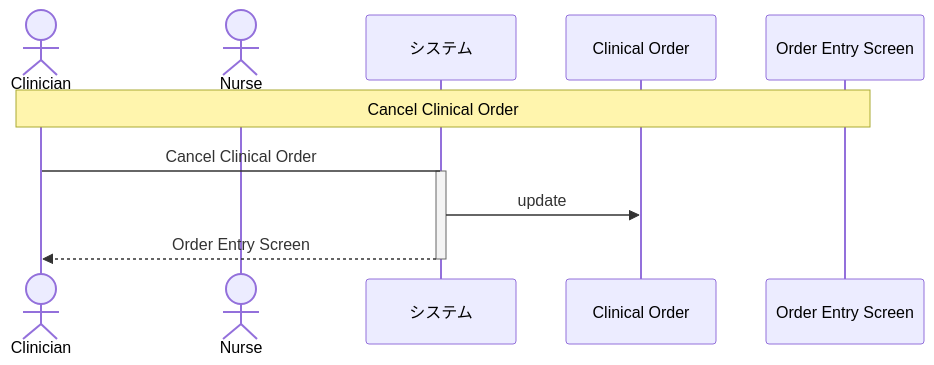
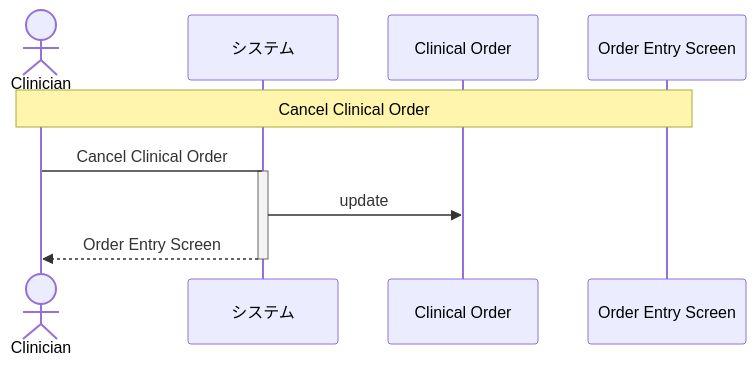
The diagram in samples/clinic-ops/out/uc/sequence_cancel_clinical_order.mmd (manji-0/rdra-ish-dsl), drawn with Mermaid before and after one commit. The commit also changed 68 other files, not shown here.

Commit message:
fix: scope sequence actors to use cases

```diff
--- a/samples/clinic-ops/out/uc/sequence_cancel_clinical_order.mmd
+++ b/samples/clinic-ops/out/uc/sequence_cancel_clinical_order.mmd
@@ -1,13 +1,12 @@
 sequenceDiagram
   actor Clinician as Clinician
-  actor Nurse as Nurse
   participant System as システム
   participant ClinicalOrder as Clinical Order
   participant OrderEntryScreen as Order Entry Screen
 
   Note over Clinician,OrderEntryScreen: Cancel Clinical Order
   Clinician->System: Cancel Clinical Order
   activate System
   System->>ClinicalOrder: update
   System-->>Clinician: Order Entry Screen
   deactivate System
```
